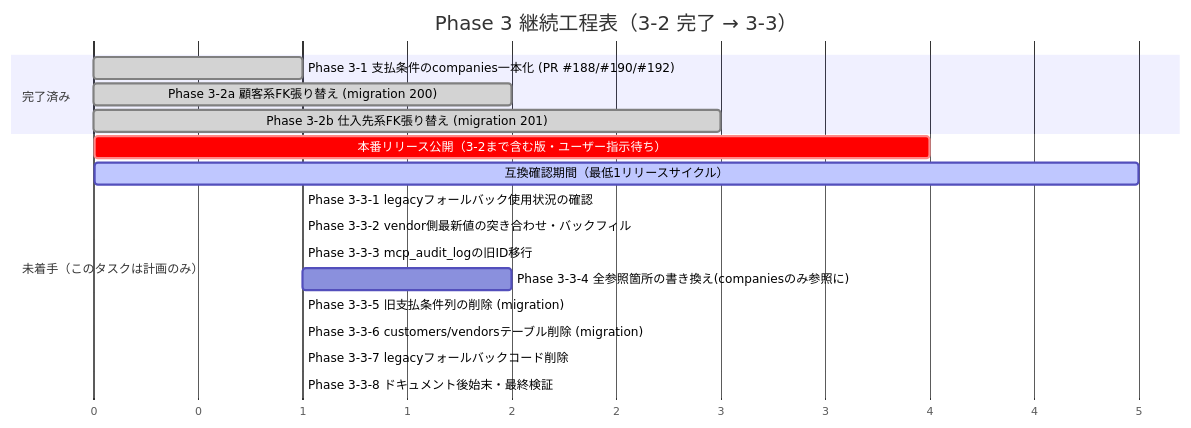
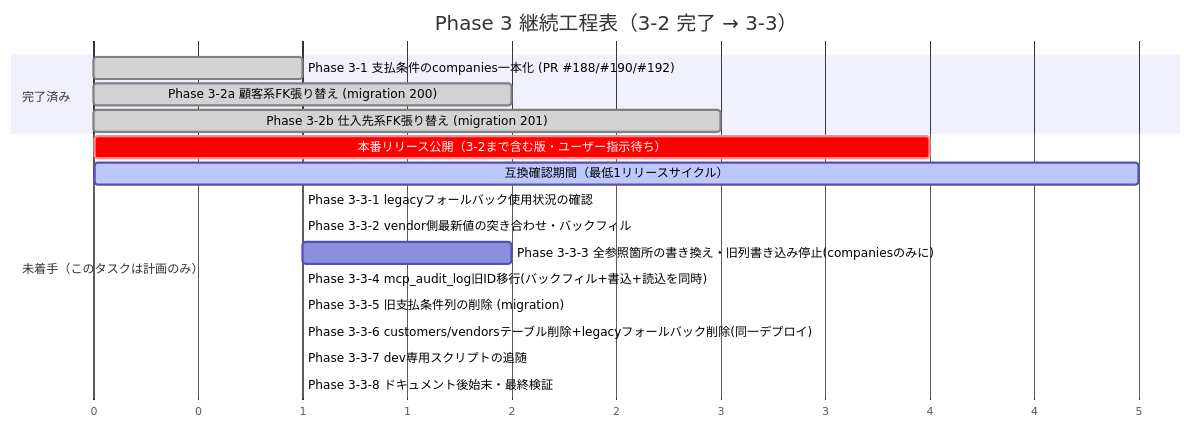
Before and after one commit to terai-takehiro/gmo-onair: the diagram in docs/reviews/phase3-2-plan.md, drawn with Mermaid. The commit also changed other lines of this file, not shown here.

````diff
--- a/docs/reviews/phase3-2-plan.md
+++ b/docs/reviews/phase3-2-plan.md
@@ -271,23 +270,23 @@
 ```mermaid
 gantt
     title Phase 3 継続工程表（3-2 完了 → 3-3）
     dateFormat  X
     axisFormat  %s
 
     section 完了済み
     Phase 3-1 支払条件のcompanies一本化 (PR #188/#190/#192) :done, p31, 0, 1
     Phase 3-2a 顧客系FK張り替え (migration 200)            :done, p32a, 1, 2
     Phase 3-2b 仕入先系FK張り替え (migration 201)           :done, p32b, 2, 3
 
     section 未着手（このタスクは計画のみ）
     本番リリース公開（3-2まで含む版・ユーザー指示待ち）      :crit, milestone1, 3, 4
     互換確認期間（最低1リリースサイクル）                    :active, wait1, 4, 5
     Phase 3-3-1 legacyフォールバック使用状況の確認           :p33_0, after wait1, 1
     Phase 3-3-2 vendor側最新値の突き合わせ・バックフィル      :p33_1, after p33_0, 1
-    Phase 3-3-3 mcp_audit_logの旧ID移行                     :p33_2, after p33_1, 1
-    Phase 3-3-4 全参照箇所の書き換え(companiesのみ参照に)     :p33_3, after p33_2, 2
+    Phase 3-3-3 全参照箇所の書き換え・旧列書き込み停止(companiesのみに) :p33_2, after p33_1, 2
+    Phase 3-3-4 mcp_audit_log旧ID移行(バックフィル+書込+読込を同時)   :p33_3, after p33_2, 1
     Phase 3-3-5 旧支払条件列の削除 (migration)               :p33_4, after p33_3, 1
-    Phase 3-3-6 customers/vendorsテーブル削除 (migration)    :crit, p33_5, after p33_4, 1
-    Phase 3-3-7 legacyフォールバックコード削除               :p33_6, after p33_5, 1
+    Phase 3-3-6 customers/vendorsテーブル削除+legacyフォールバック削除(同一デプロイ) :crit, p33_5, after p33_4, 1
+    Phase 3-3-7 dev専用スクリプトの追随                      :p33_6, after p33_5, 1
     Phase 3-3-8 ドキュメント後始末・最終検証                 :p33_7, after p33_6, 1
 ```
````
